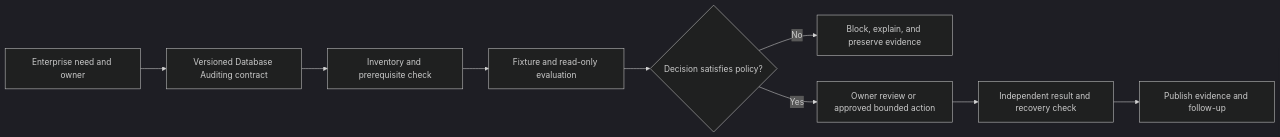
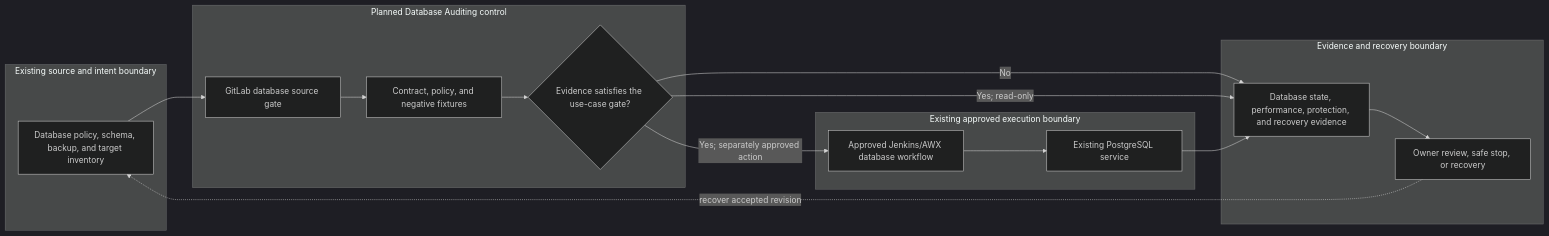
One commit to MIDHTECH/enterprise-architecture-docs changed the diagram in docs/use-cases/database/UC-DB-013-database-auditing.md. Above: the diagram before and after it, drawn with Mermaid (dark theme). The commit also changed other lines of this file and 227 other files, not shown here.

Commit message:
Deepen architecture for all use case designs

````diff
--- a/docs/use-cases/database/UC-DB-013-database-auditing.md
+++ b/docs/use-cases/database/UC-DB-013-database-auditing.md
@@ -136,11 +129,25 @@
 ```mermaid
 flowchart LR
-    Need["Enterprise need and owner"] --> Contract["Versioned Database Auditing contract"]
-    Contract --> Preflight["Inventory and prerequisite check"]
-    Preflight --> Evaluate["Fixture and read-only evaluation"]
-    Evaluate --> Decision{"Decision satisfies policy?"}
-    Decision -->|No| Stop["Block, explain, and preserve evidence"]
-    Decision -->|Yes| Review["Owner review or approved bounded action"]
-    Review --> Verify["Independent result and recovery check"]
-    Verify --> Publish["Publish evidence and follow-up"]
+    subgraph Source["Existing source and intent boundary"]
+        A["Database policy, schema, backup, and target inventory"]
+    end
+    subgraph Planned["Planned Database Auditing control"]
+        B["GitLab database source gate"]
+        C["Contract, policy, and negative fixtures"]
+        D{"Evidence satisfies the use-case gate?"}
+    end
+    subgraph Runtime["Existing approved execution boundary"]
+        E["Approved Jenkins/AWX database workflow"]
+        F["Existing PostgreSQL service"]
+    end
+    subgraph Assurance["Evidence and recovery boundary"]
+        G["Database state, performance, protection, and recovery evidence"]
+        H["Owner review, safe stop, or recovery"]
+    end
+
+    A --> B --> C --> D
+    D -->|No| G --> H
+    D -->|Yes; read-only| G
+    D -->|Yes; separately approved action| E --> F --> G
+    H -. recover accepted revision .-> A
 ```
````
